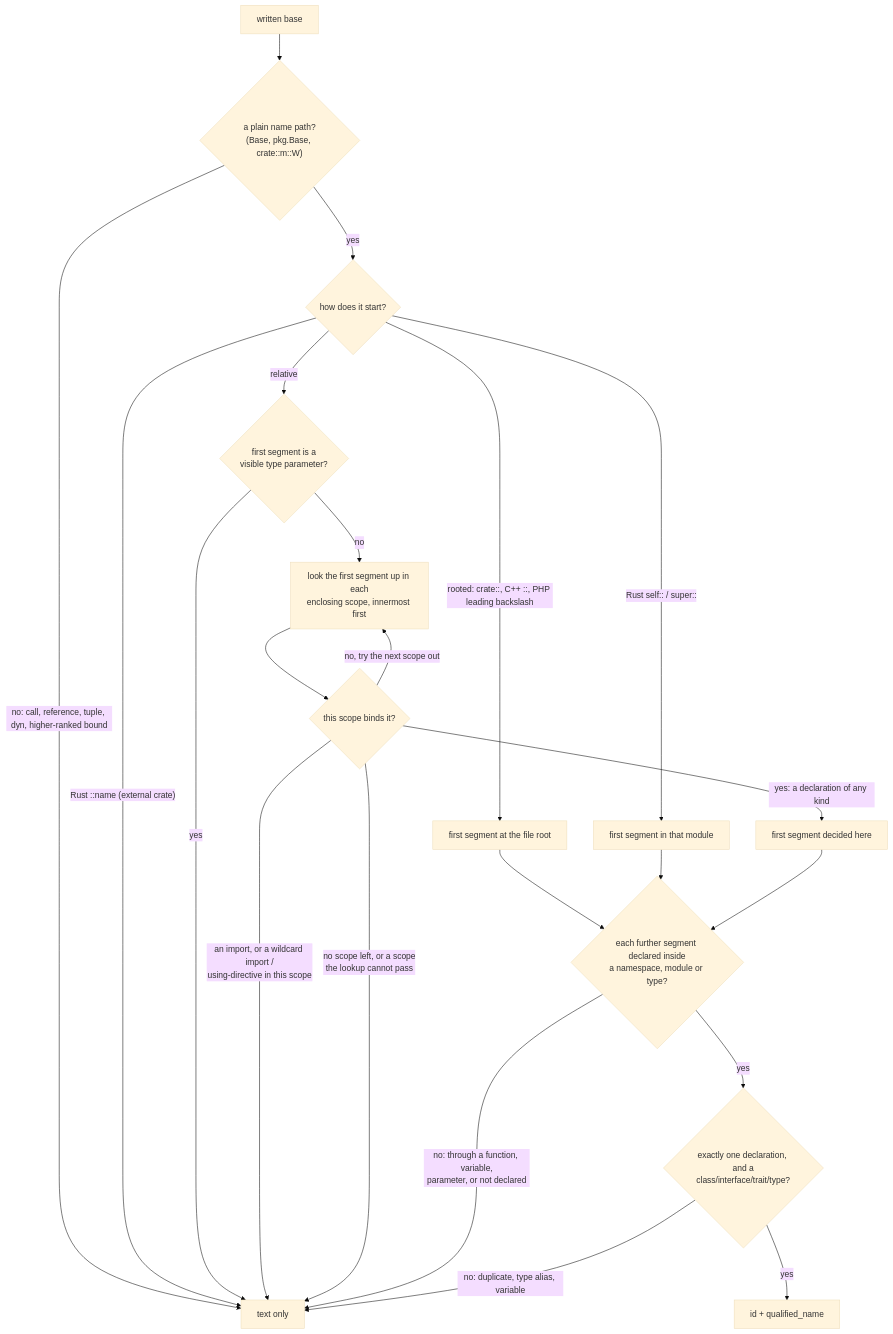
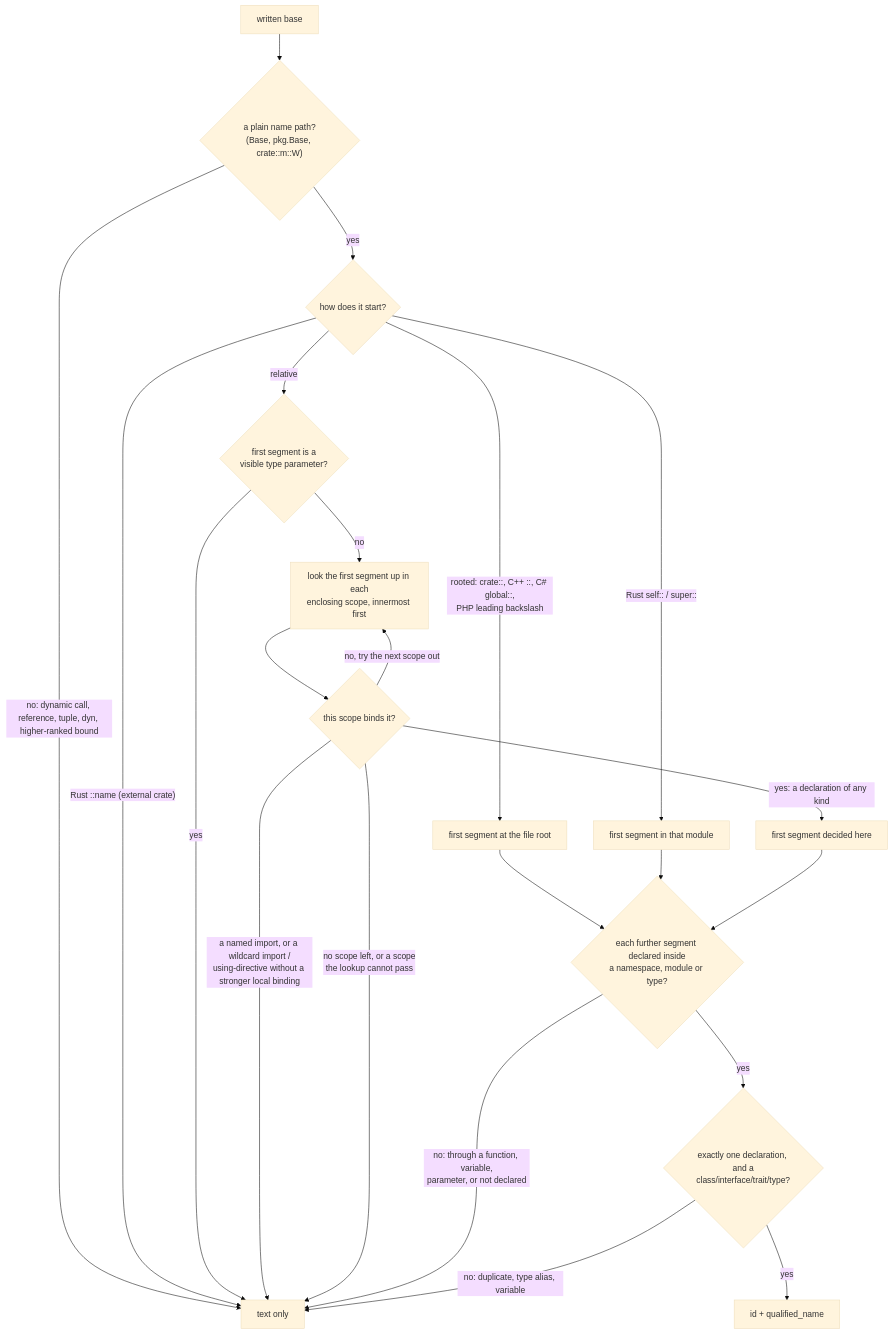
Before and after one commit to yankeeinlondon/rusty-biscuit: the first of 2 diagrams in tree-hugger/docs/type-relations.md, drawn with Mermaid (base theme). The commit also changed other lines of this file and 53 other files, not shown here.

````diff
--- a/tree-hugger/docs/type-relations.md
+++ b/tree-hugger/docs/type-relations.md
@@ -75,24 +78,24 @@
 ```mermaid
 flowchart TD
     W["written base"] --> P{"a plain name path?<br/>(Base, pkg.Base, crate::m::W)"}
-    P -- "no: call, reference, tuple, dyn, higher-ranked bound" --> U["text only"]
+    P -- "no: dynamic call, reference, tuple, dyn, higher-ranked bound" --> U["text only"]
     P -- yes --> A{"how does it start?"}
     A -- "Rust ::name (external crate)" --> U
-    A -- "rooted: crate::, C++ ::, PHP leading backslash" --> G["first segment at the file root"]
+    A -- "rooted: crate::, C++ ::, C# global::,<br/>PHP leading backslash" --> G["first segment at the file root"]
     A -- "Rust self:: / super::" --> M["first segment in that module"]
     A -- relative --> T{"first segment is a<br/>visible type parameter?"}
     T -- yes --> U
     T -- no --> S["look the first segment up in each<br/>enclosing scope, innermost first"]
     S --> B{"this scope binds it?"}
-    B -- "an import, or a wildcard import /<br/>using-directive in this scope" --> U
+    B -- "a named import, or a wildcard import /<br/>using-directive without a stronger local binding" --> U
     B -- "no, try the next scope out" --> S
     B -- "no scope left, or a scope<br/>the lookup cannot pass" --> U
     B -- "yes: a declaration of any kind" --> G2["first segment decided here"]
     G --> R2
     M --> R2
     G2 --> R2{"each further segment declared inside<br/>a namespace, module or type?"}
     R2 -- "no: through a function, variable,<br/>parameter, or not declared" --> U
     R2 -- yes --> E{"exactly one declaration, and a<br/>class/interface/trait/type?"}
     E -- yes --> R["id + qualified_name"]
     E -- "no: duplicate, type alias, variable" --> U
 ```
````
